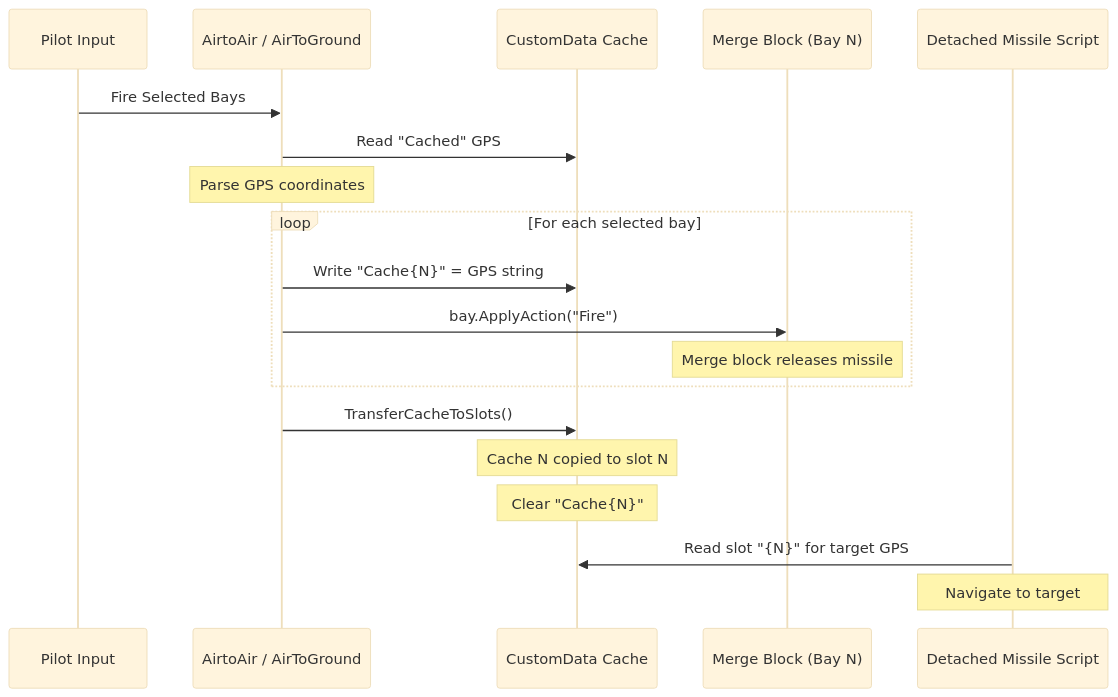
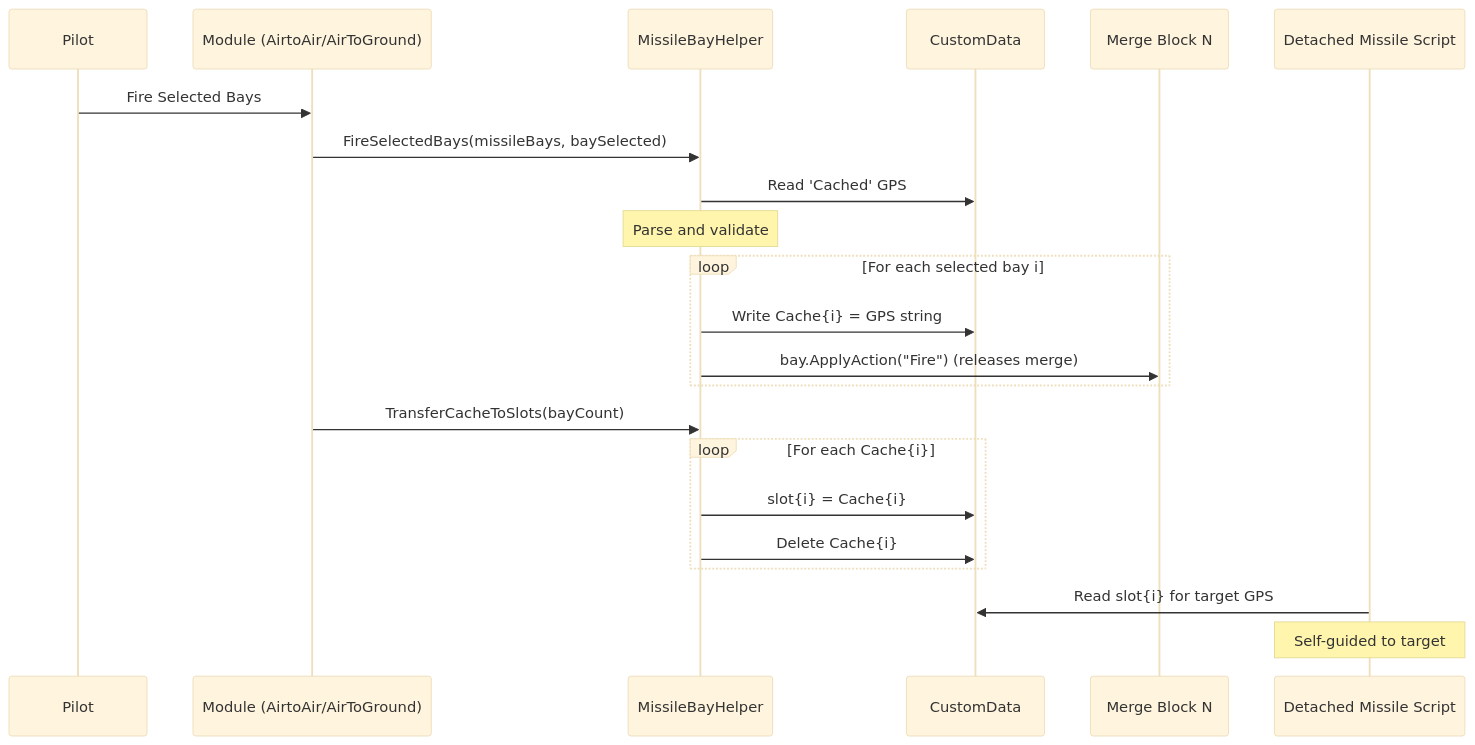
One commit to Terilia/JetOS changed the sixth of 8 diagrams in docs/weapons.md. Above: the diagram before and after it, drawn with Mermaid (base theme). The commit also changed other lines of this file and 23 other files, not shown here.

````diff
--- a/docs/weapons.md
+++ b/docs/weapons.md
@@ -171,25 +245,28 @@
 ```mermaid
 sequenceDiagram
-    participant Pilot as Pilot Input
-    participant Module as AirtoAir / AirToGround
-    participant CD as CustomData Cache
-    participant Bay as Merge Block (Bay N)
-    participant Missile as Detached Missile Script
+    participant Pilot
+    participant Mod as Module (AirtoAir/AirToGround)
+    participant Helper as MissileBayHelper
+    participant CD as CustomData
+    participant Bay as Merge Block N
+    participant Msl as Detached Missile Script
 
-    Pilot->>Module: Fire Selected Bays
-    Module->>CD: Read "Cached" GPS
-    Note over Module: Parse GPS coordinates
+    Pilot->>Mod: Fire Selected Bays
+    Mod->>Helper: FireSelectedBays(missileBays, baySelected)
+    Helper->>CD: Read 'Cached' GPS
+    Note over Helper: Parse and validate
 
-    loop For each selected bay
-        Module->>CD: Write "Cache{N}" = GPS string
-        Module->>Bay: bay.ApplyAction("Fire")
-        Note over Bay: Merge block releases missile
+    loop For each selected bay i
+        Helper->>CD: Write Cache{i} = GPS string
+        Helper->>Bay: bay.ApplyAction("Fire") (releases merge)
     end
 
-    Module->>CD: TransferCacheToSlots()
-    Note over CD: Cache N copied to slot N
-    Note over CD: Clear "Cache{N}"
+    Mod->>Helper: TransferCacheToSlots(bayCount)
+    loop For each Cache{i}
+        Helper->>CD: slot{i} = Cache{i}
+        Helper->>CD: Delete Cache{i}
+    end
 
-    Missile->>CD: Read slot "{N}" for target GPS
-    Note over Missile: Navigate to target
+    Msl->>CD: Read slot{i} for target GPS
+    Note over Msl: Self-guided to target
 ```
````
